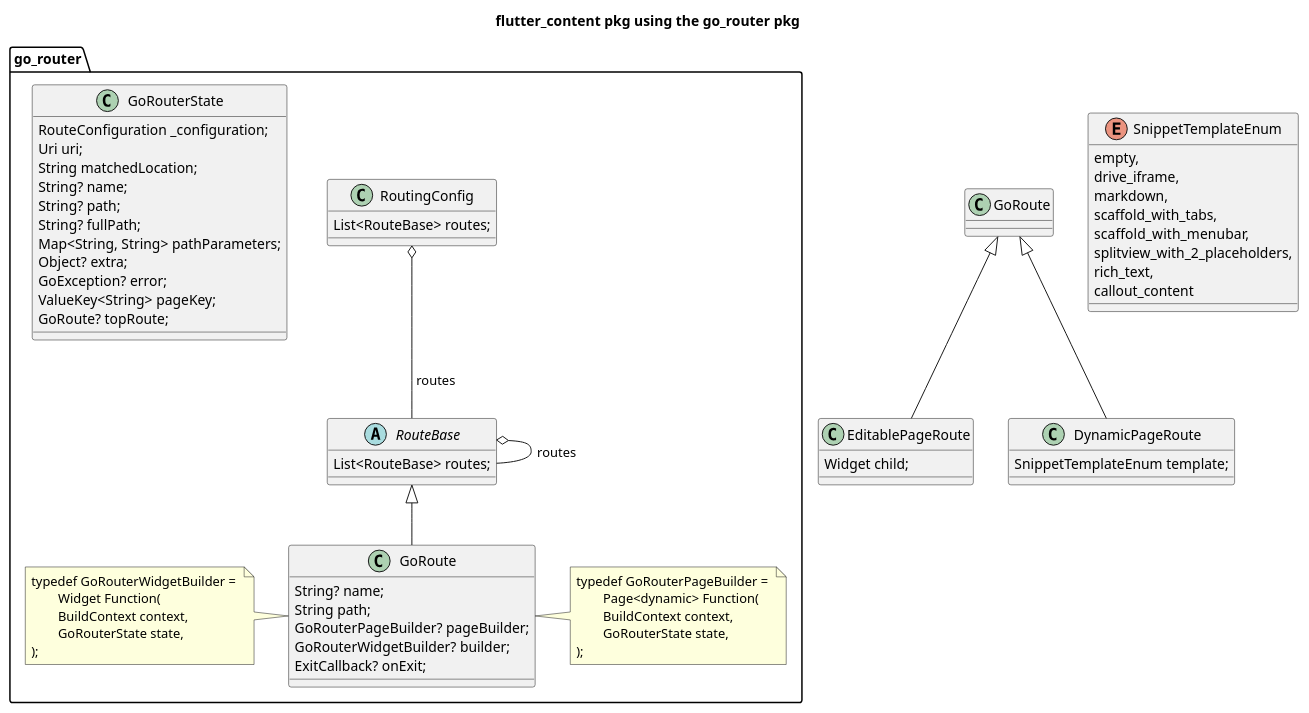
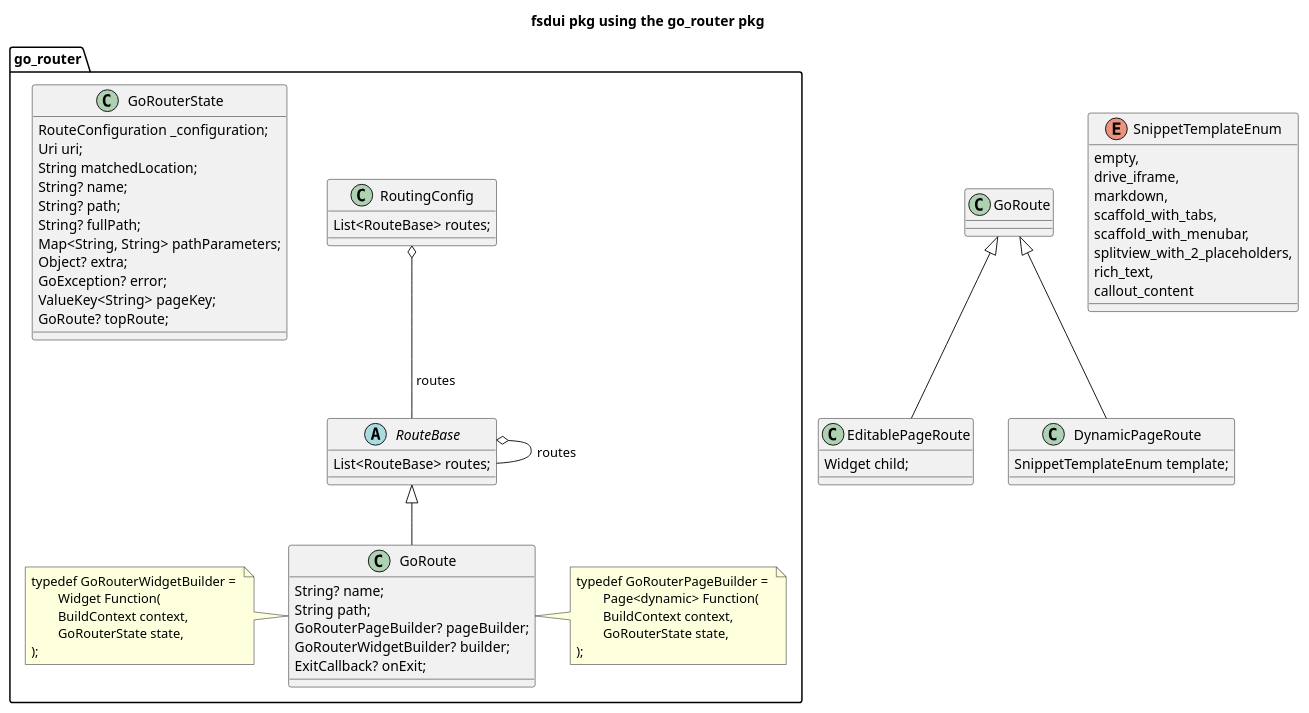
The diagram in lib/src/api/routes/go_router.puml (biancashouse/fsdui), drawn with PlantUML before and after one commit. The commit also changed 504 other files, not shown here.

Commit message:
init from flutter_content

```diff
--- a/lib/src/api/routes/go_router.puml
+++ b/lib/src/api/routes/go_router.puml
@@ -1,64 +1,64 @@
 @startuml
 'https://plantuml.com/class-diagram
 
-title flutter_content pkg using the go_router pkg
+title fsdui pkg using the go_router pkg
 
 package go_router {
 abstract class RouteBase{
     List<RouteBase> routes;
 }
 
 class RoutingConfig {
     List<RouteBase> routes;
 }
 
 class GoRoute extends RouteBase {
      String? name;
      String path;
      GoRouterPageBuilder? pageBuilder;
      GoRouterWidgetBuilder? builder;
      ExitCallback? onExit;
 }
 
 class GoRouterState {
     RouteConfiguration _configuration;
     Uri uri;
     String matchedLocation;
     String? name;
     String? path;
     String? fullPath;
     Map<String, String> pathParameters;
     Object? extra;
     GoException? error;
     ValueKey<String> pageKey;
     GoRoute? topRoute;
 }
 
 note right of GoRoute : typedef GoRouterPageBuilder = \n\tPage<dynamic> Function(\n\tBuildContext context,\n\tGoRouterState state,\n);
 note left of GoRoute : typedef GoRouterWidgetBuilder = \n\tWidget Function(\n\tBuildContext context,\n\tGoRouterState state,\n);
 
 RoutingConfig o-- RouteBase: " routes"
 RouteBase o-- RouteBase: routes
 
 }
 
 class EditablePageRoute extends GoRoute {
     Widget child;
 }
 
 class DynamicPageRoute extends GoRoute {
     SnippetTemplateEnum template;
 }
 
 enum SnippetTemplateEnum {
   empty,
   drive_iframe,
   markdown,
   scaffold_with_tabs,
   scaffold_with_menubar,
   splitview_with_2_placeholders,
   rich_text,
   callout_content
   }
 
 @enduml
```
